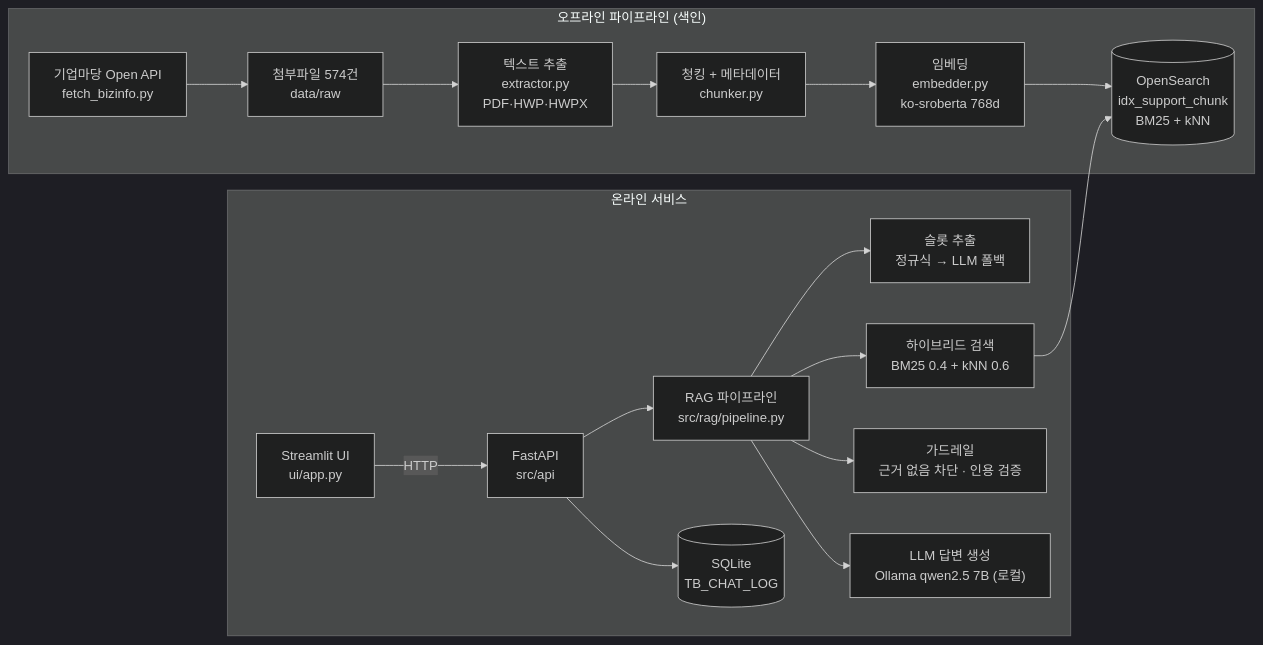
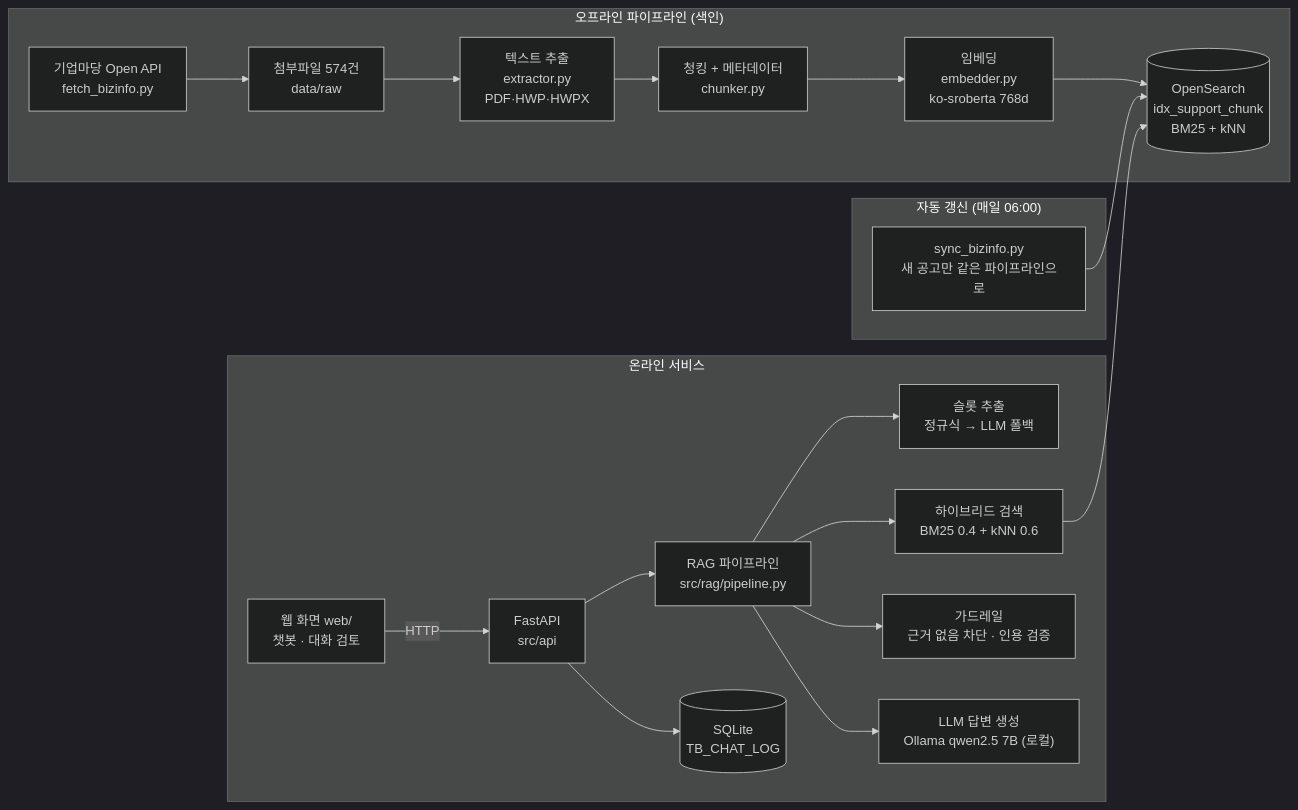
One commit to hyewon127/LocalGovSupportRAG changed the diagram in README.md. Above: the diagram before and after it, drawn with Mermaid (dark theme). The commit also changed other lines of this file and 2 other files, not shown here.

````diff
--- a/README.md
+++ b/README.md
@@ -16,20 +17,23 @@
 ```mermaid
 flowchart LR
     subgraph offline["오프라인 파이프라인 (색인)"]
         A["기업마당 Open API<br/>fetch_bizinfo.py"] --> B["첨부파일 574건<br/>data/raw"]
         B --> C["텍스트 추출<br/>extractor.py<br/>PDF·HWP·HWPX"]
         C --> D["청킹 + 메타데이터<br/>chunker.py"]
         D --> E["임베딩<br/>embedder.py<br/>ko-sroberta 768d"]
         E --> F[("OpenSearch<br/>idx_support_chunk<br/>BM25 + kNN")]
     end
+    subgraph sync["자동 갱신 (매일 06:00)"]
+        SY["sync_bizinfo.py<br/>새 공고만 같은 파이프라인으로"] --> F
+    end
     subgraph online["온라인 서비스"]
-        U["Streamlit UI<br/>ui/app.py"] -- HTTP --> API["FastAPI<br/>src/api"]
+        U["웹 화면 web/<br/>챗봇 · 대화 검토"] -- HTTP --> API["FastAPI<br/>src/api"]
         API --> P["RAG 파이프라인<br/>src/rag/pipeline.py"]
         P --> S["슬롯 추출<br/>정규식 → LLM 폴백"]
         P --> H["하이브리드 검색<br/>BM25 0.4 + kNN 0.6"]
         H --> F
         P --> G["가드레일<br/>근거 없음 차단 · 인용 검증"]
         P --> L["LLM 답변 생성<br/>Ollama qwen2.5 7B (로컬)"]
         API --> DB[("SQLite<br/>TB_CHAT_LOG")]
     end
 ```
````
